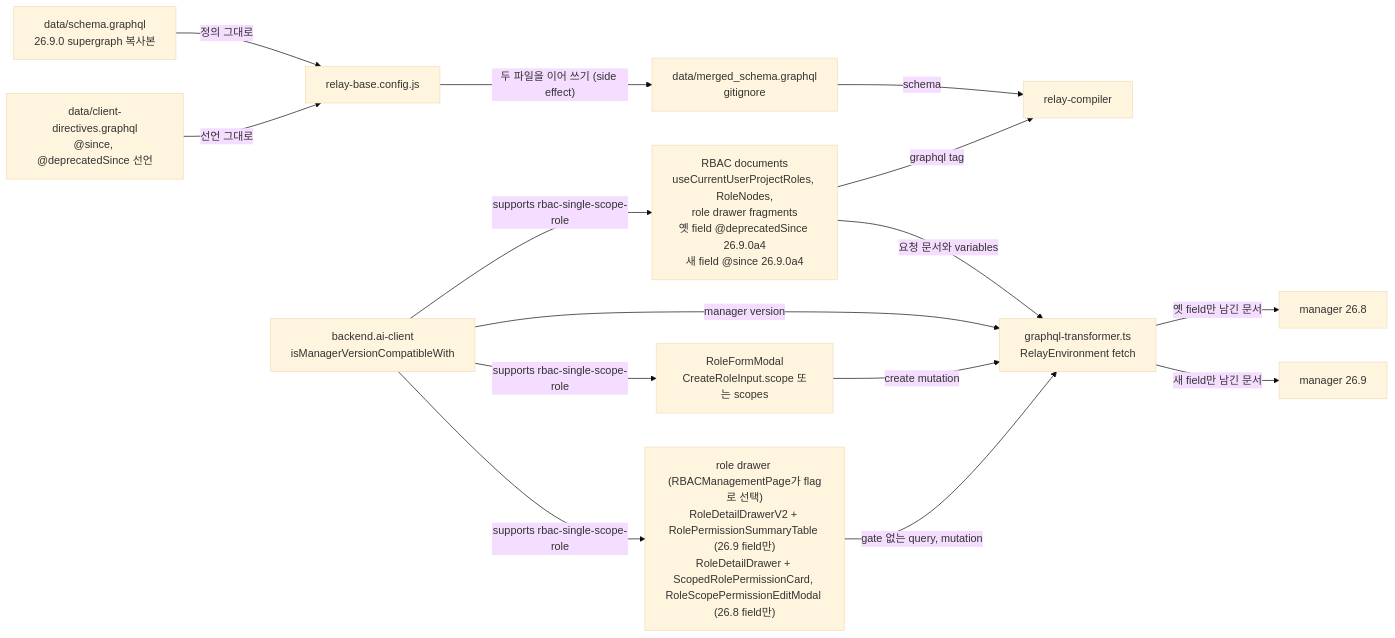
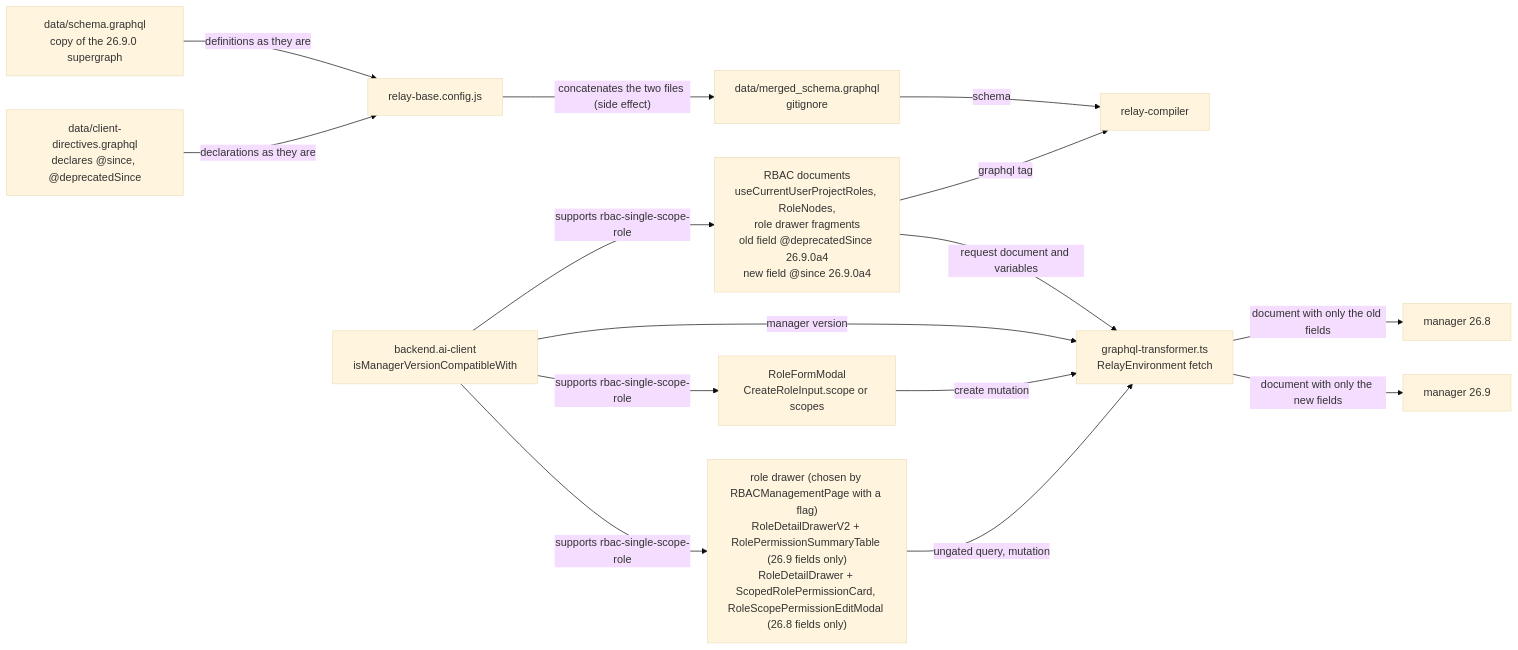
The diagram in docs/adr/0006-version-gated-field-pairs-across-manager-versions.md (lablup/backend.ai-webui), drawn with Mermaid (base theme) before and after one commit. The commit also changed other lines of this file and 15 other files, not shown here.

First line of the commit message:
chore(#10802): translate ADR 0003–0017 and ARCHITECTURE.md into English

````diff
--- a/docs/adr/0006-version-gated-field-pairs-across-manager-versions.md
+++ b/docs/adr/0006-version-gated-field-pairs-across-manager-versions.md
@@ -37,29 +37,29 @@
 ```mermaid
 flowchart LR
-  supergraph["data/schema.graphql<br/>26.9.0 supergraph 복사본"]
-  directives["data/client-directives.graphql<br/>@since, @deprecatedSince 선언"]
+  supergraph["data/schema.graphql<br/>copy of the 26.9.0 supergraph"]
+  directives["data/client-directives.graphql<br/>declares @since, @deprecatedSince"]
   config["relay-base.config.js"]
   merged["data/merged_schema.graphql<br/>gitignore"]
   compiler["relay-compiler"]
-  hook["RBAC documents<br/>useCurrentUserProjectRoles, RoleNodes,<br/>role drawer fragments<br/>옛 field @deprecatedSince 26.9.0a4<br/>새 field @since 26.9.0a4"]
-  form["RoleFormModal<br/>CreateRoleInput.scope 또는 scopes"]
-  permtab["role drawer (RBACManagementPage가 flag로 선택)<br/>RoleDetailDrawerV2 + RolePermissionSummaryTable (26.9 field만)<br/>RoleDetailDrawer + ScopedRolePermissionCard, RoleScopePermissionEditModal (26.8 field만)"]
+  hook["RBAC documents<br/>useCurrentUserProjectRoles, RoleNodes,<br/>role drawer fragments<br/>old field @deprecatedSince 26.9.0a4<br/>new field @since 26.9.0a4"]
+  form["RoleFormModal<br/>CreateRoleInput.scope or scopes"]
+  permtab["role drawer (chosen by RBACManagementPage with a flag)<br/>RoleDetailDrawerV2 + RolePermissionSummaryTable (26.9 fields only)<br/>RoleDetailDrawer + ScopedRolePermissionCard, RoleScopePermissionEditModal (26.8 fields only)"]
   transformer["graphql-transformer.ts<br/>RelayEnvironment fetch"]
   client["backend.ai-client<br/>isManagerVersionCompatibleWith"]
   old["manager 26.8"]
   new["manager 26.9"]
-  supergraph -- "정의 그대로" --> config
-  directives -- "선언 그대로" --> config
-  config -- "두 파일을 이어 쓰기 (side effect)" --> merged
+  supergraph -- "definitions as they are" --> config
+  directives -- "declarations as they are" --> config
+  config -- "concatenates the two files (side effect)" --> merged
   merged -- "schema" --> compiler
   hook -- "graphql tag" --> compiler
-  hook -- "요청 문서와 variables" --> transformer
+  hook -- "request document and variables" --> transformer
   client -- "manager version" --> transformer
   client -- "supports rbac-single-scope-role" --> hook
   client -- "supports rbac-single-scope-role" --> form
   client -- "supports rbac-single-scope-role" --> permtab
   form -- "create mutation" --> transformer
-  permtab -- "gate 없는 query, mutation" --> transformer
-  transformer -- "옛 field만 남긴 문서" --> old
-  transformer -- "새 field만 남긴 문서" --> new
+  permtab -- "ungated query, mutation" --> transformer
+  transformer -- "document with only the old fields" --> old
+  transformer -- "document with only the new fields" --> new
 ```
````
